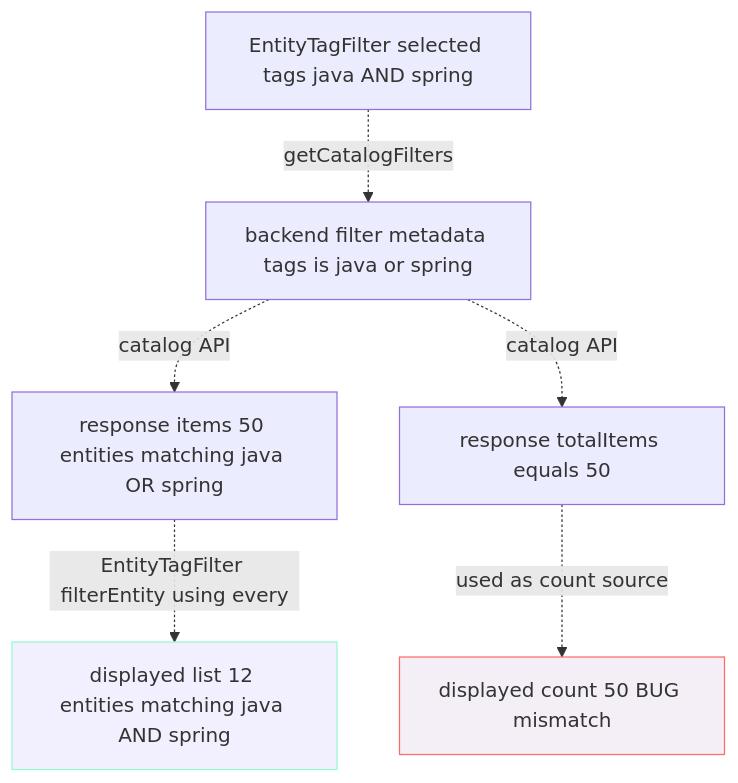
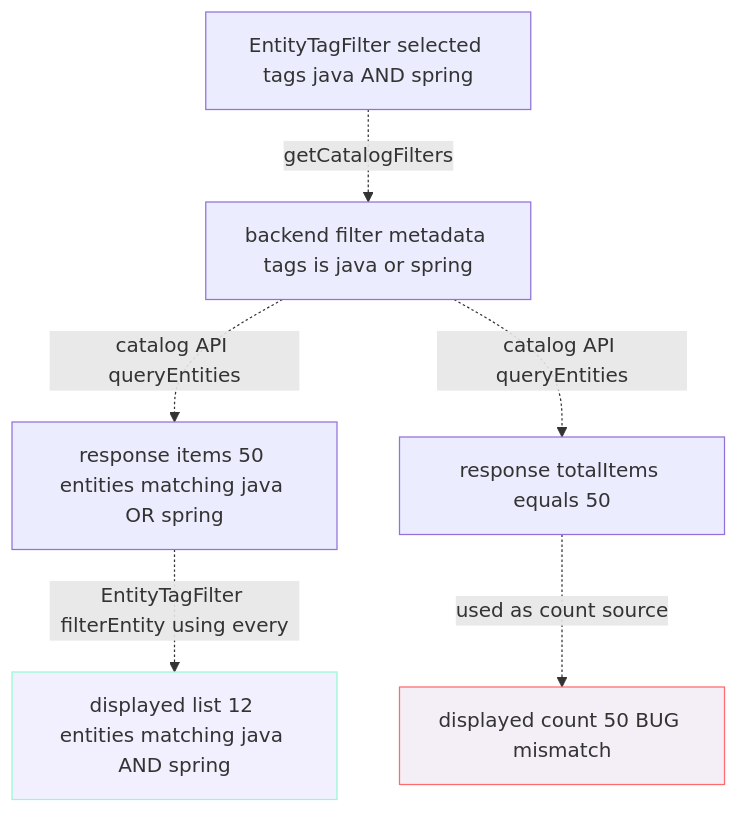
Before and after one commit to Blitzy-Sandbox/blitzy-sandbox-backstage: the fifth of 6 diagrams in docs/refactor/architecture-before-after.md, drawn with Mermaid. The commit also changed other lines of this file and 17 other files, not shown here.

````diff
--- a/docs/refactor/architecture-before-after.md
+++ b/docs/refactor/architecture-before-after.md
@@ -150,12 +150,12 @@
 ```mermaid
 flowchart TD
     F1[EntityTagFilter selected tags java AND spring] -. getCatalogFilters .-> F2[backend filter metadata tags is java or spring]
-    F2 -. catalog API .-> F3[response items 50 entities matching java OR spring]
-    F2 -. catalog API .-> F4[response totalItems equals 50]
+    F2 -. catalog API queryEntities .-> F3[response items 50 entities matching java OR spring]
+    F2 -. catalog API queryEntities .-> F4[response totalItems equals 50]
     F3 -. EntityTagFilter filterEntity using every .-> F5[displayed list 12 entities matching java AND spring]
     F4 -. used as count source .-> F6[displayed count 50 BUG mismatch]
     classDef good fill:#F2F0FE,stroke:#94FAD5,color:#333333
     classDef bad fill:#F4EFF6,stroke:#FF6B6B,color:#333333
     class F5 good
     class F6 bad
 ```
````
